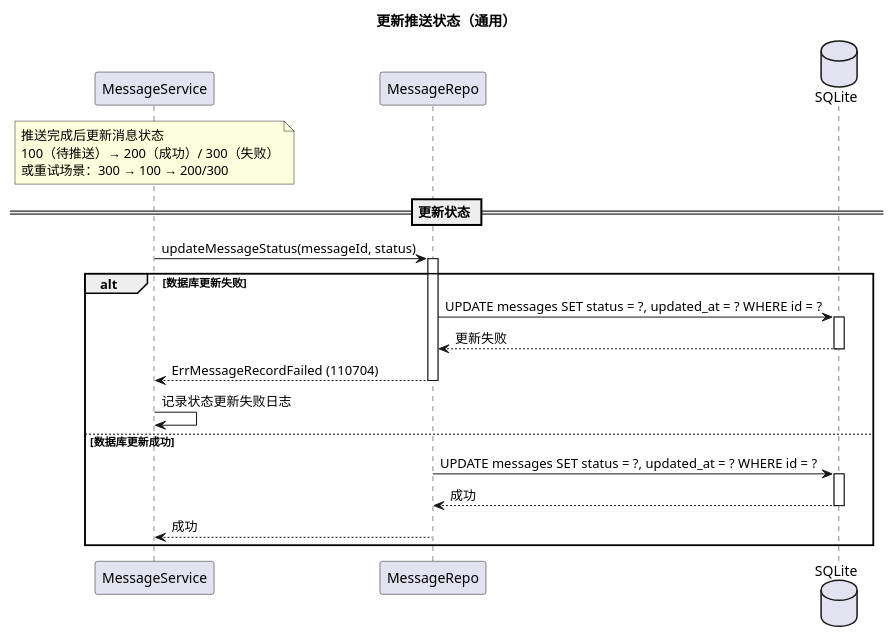
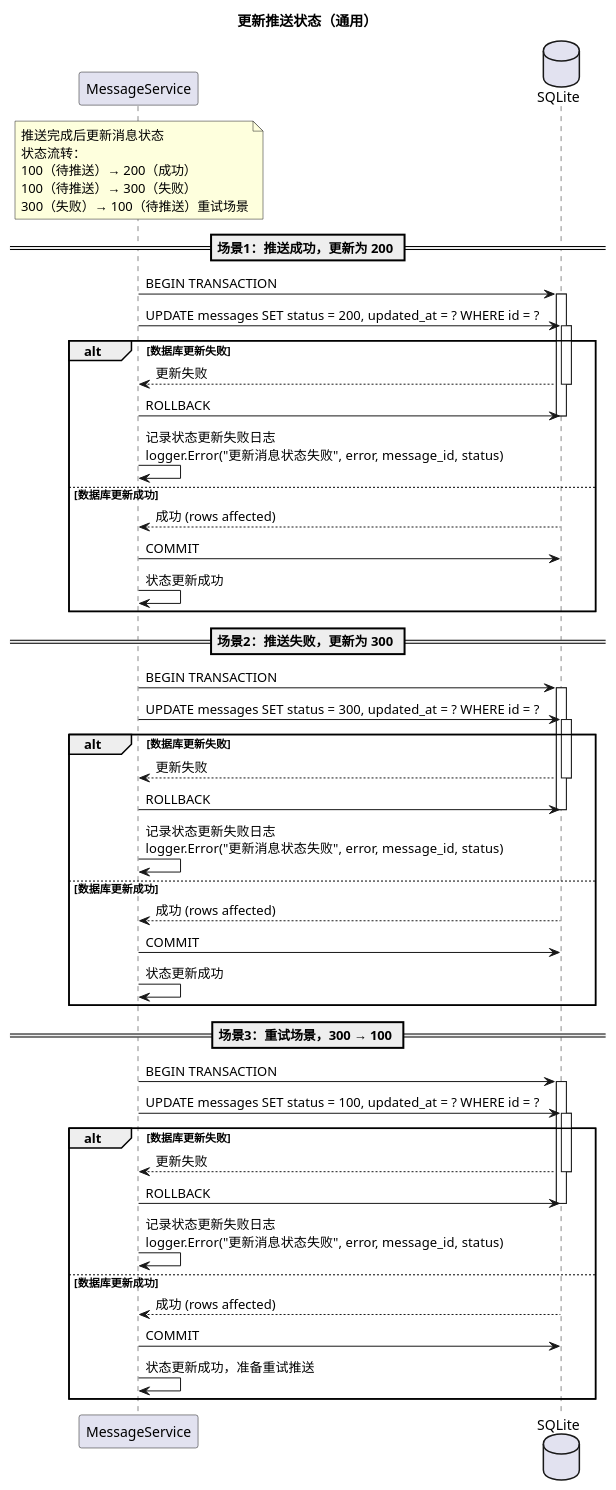
One commit to loommii/OctoTify changed the diagram in docs/uml/02-sequence/05-03-record-status.puml. Above: the diagram before and after it, drawn with PlantUML. The commit also changed 6 other files, not shown here.

First line of the commit message:
📝 docs(uml): 优化消息管理和推送模块时序图

```diff
--- a/docs/uml/02-sequence/05-03-record-status.puml
+++ b/docs/uml/02-sequence/05-03-record-status.puml
@@ -1,36 +1,76 @@
 @startuml OctoTify_Sequence_RecordStatus
 
 skinparam sequenceStyle svg
 skinparam linetype ortho
 
 title 更新推送状态（通用）
 
 participant "MessageService" as Service
-participant "MessageRepo" as Repo
 database "SQLite" as DB
 
-note over Service: 推送完成后更新消息状态\n100（待推送）→ 200（成功）/ 300（失败）\n或重试场景：300 → 100 → 200/300
+note over Service: 推送完成后更新消息状态\n状态流转：\n100（待推送）→ 200（成功）\n100（待推送）→ 300（失败）\n300（失败）→ 100（待推送）重试场景
 
-== 更新状态 ==
+== 场景1：推送成功，更新为 200 ==
 
-Service -> Repo: updateMessageStatus(messageId, status)
-activate Repo
+Service -> DB: BEGIN TRANSACTION
+activate DB
+Service -> DB: UPDATE messages SET status = 200, updated_at = ? WHERE id = ?
+activate DB
 
 alt 数据库更新失败
-    Repo -> DB: UPDATE messages SET status = ?, updated_at = ? WHERE id = ?
-    activate DB
-    DB --> Repo: 更新失败
+    DB --> Service: 更新失败
     deactivate DB
-    Repo --> Service: ErrMessageRecordFailed (110704)
-    deactivate Repo
-    Service -> Service: 记录状态更新失败日志
+    Service -> DB: ROLLBACK
+    deactivate DB
+    Service -> Service: 记录状态更新失败日志\nlogger.Error("更新消息状态失败", error, message_id, status)
 else 数据库更新成功
-    Repo -> DB: UPDATE messages SET status = ?, updated_at = ? WHERE id = ?
-    activate DB
-    DB --> Repo: 成功
+    DB --> Service: 成功 (rows affected)
     deactivate DB
-    Repo --> Service: 成功
-    deactivate Repo
+    Service -> DB: COMMIT
+    deactivate DB
+    Service -> Service: 状态更新成功
+end
+
+== 场景2：推送失败，更新为 300 ==
+
+Service -> DB: BEGIN TRANSACTION
+activate DB
+Service -> DB: UPDATE messages SET status = 300, updated_at = ? WHERE id = ?
+activate DB
+
+alt 数据库更新失败
+    DB --> Service: 更新失败
+    deactivate DB
+    Service -> DB: ROLLBACK
+    deactivate DB
+    Service -> Service: 记录状态更新失败日志\nlogger.Error("更新消息状态失败", error, message_id, status)
+else 数据库更新成功
+    DB --> Service: 成功 (rows affected)
+    deactivate DB
+    Service -> DB: COMMIT
+    deactivate DB
+    Service -> Service: 状态更新成功
+end
+
+== 场景3：重试场景，300 → 100 ==
+
+Service -> DB: BEGIN TRANSACTION
+activate DB
+Service -> DB: UPDATE messages SET status = 100, updated_at = ? WHERE id = ?
+activate DB
+
+alt 数据库更新失败
+    DB --> Service: 更新失败
+    deactivate DB
+    Service -> DB: ROLLBACK
+    deactivate DB
+    Service -> Service: 记录状态更新失败日志\nlogger.Error("更新消息状态失败", error, message_id, status)
+else 数据库更新成功
+    DB --> Service: 成功 (rows affected)
+    deactivate DB
+    Service -> DB: COMMIT
+    deactivate DB
+    Service -> Service: 状态更新成功，准备重试推送
 end
 
 @enduml
```
